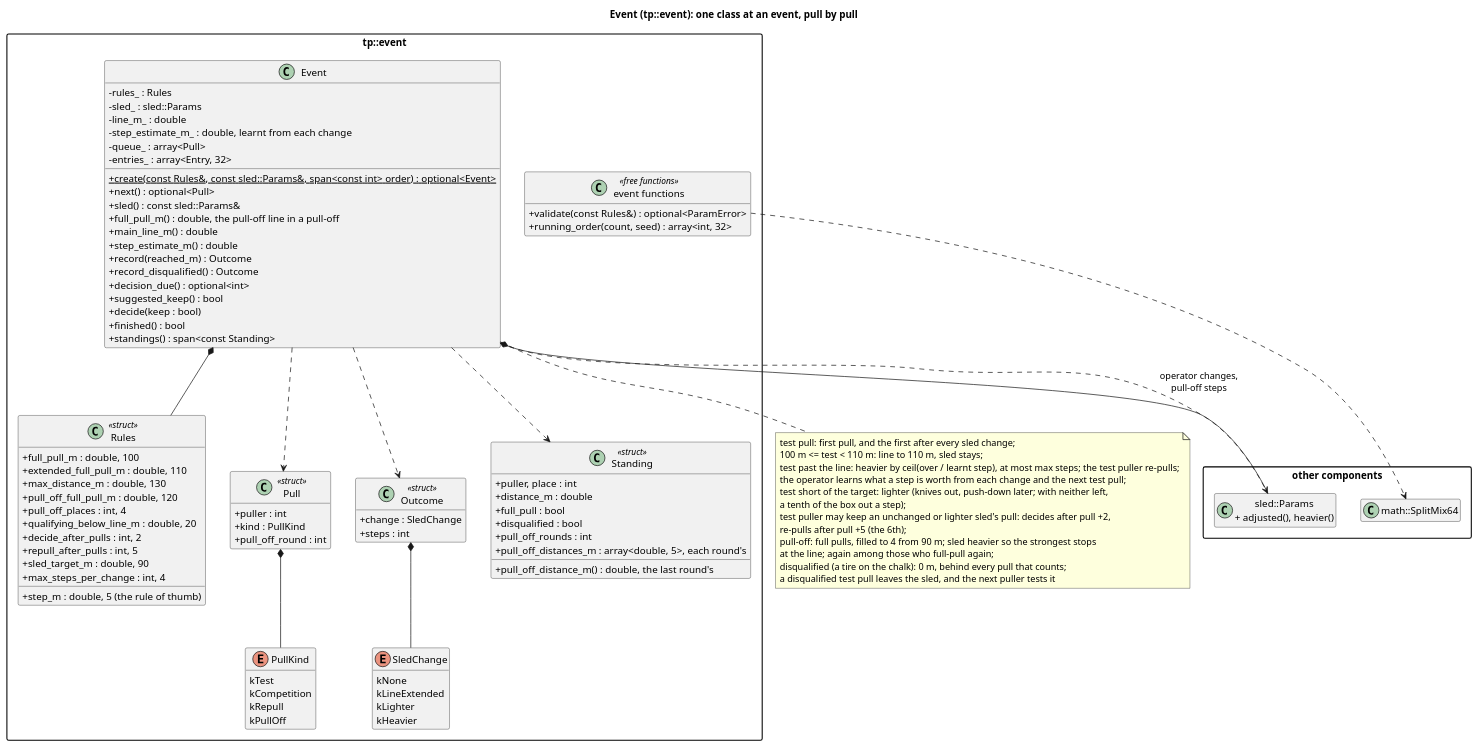
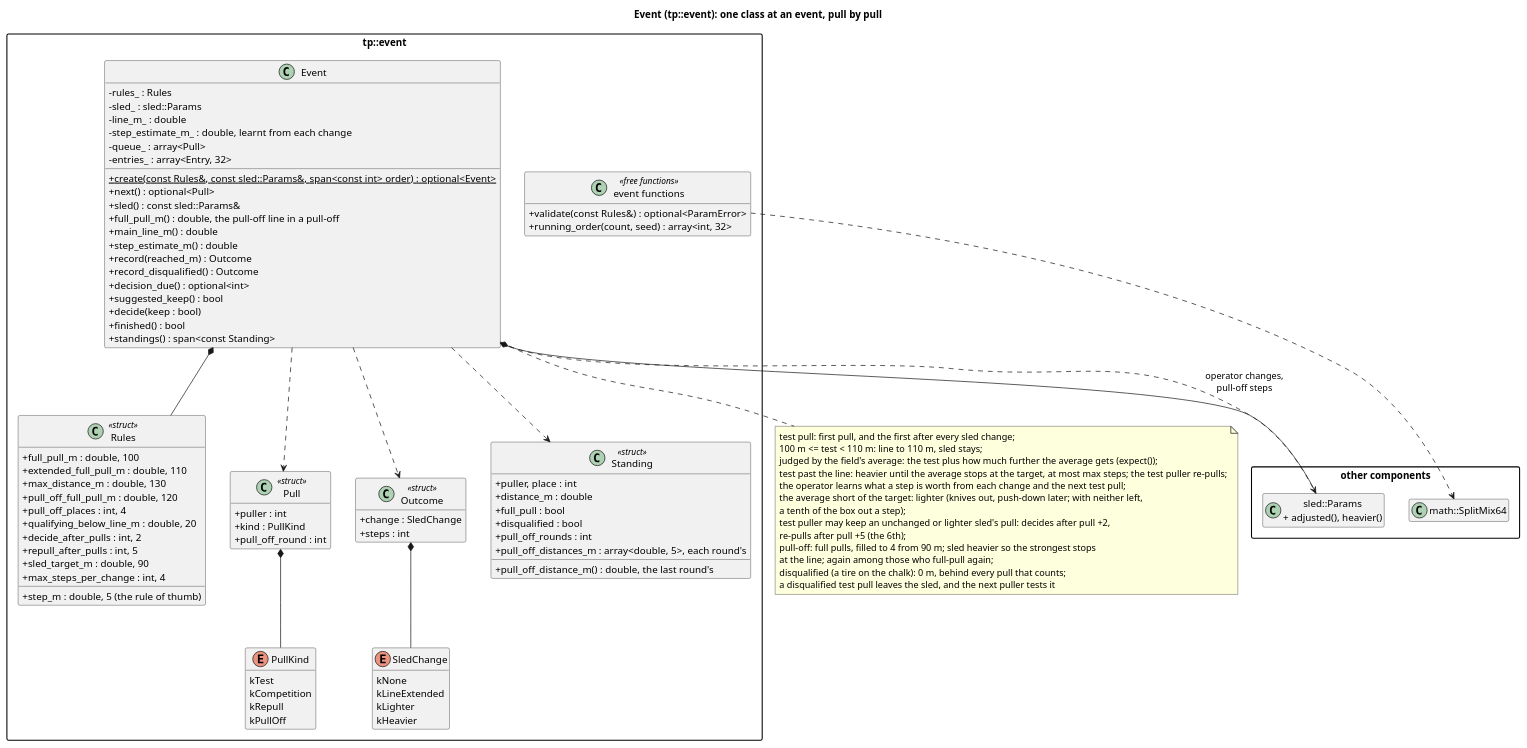
One commit to wversteeg/TractorPulling changed the diagram in docs/diagrams/event_classes.puml. Above: the diagram before and after it, drawn with PlantUML. The commit also changed 17 other files, not shown here.

First line of the commit message:
The sled operator sets the sled for the field's average, not its strongest

```diff
--- a/docs/diagrams/event_classes.puml
+++ b/docs/diagrams/event_classes.puml
@@ -1,105 +1,106 @@
 @startuml event_classes
 title Event (tp::event): one class at an event, pull by pull
 hide empty members
 skinparam packageStyle rectangle
 skinparam classAttributeIconSize 0
 
 package "other components" {
   class "sled::Params\n+ adjusted(), heavier()" as Sled
   class "math::SplitMix64" as Random
 }
 
 package "tp::event" {
   class Rules <<struct>> {
     +full_pull_m : double, 100
     +extended_full_pull_m : double, 110
     +max_distance_m : double, 130
     +pull_off_full_pull_m : double, 120
     +pull_off_places : int, 4
     +qualifying_below_line_m : double, 20
     +decide_after_pulls : int, 2
     +repull_after_pulls : int, 5
     +sled_target_m : double, 90
     +step_m : double, 5 (the rule of thumb)
     +max_steps_per_change : int, 4
   }
   class Pull <<struct>> {
     +puller : int
     +kind : PullKind
     +pull_off_round : int
   }
   enum PullKind {
     kTest
     kCompetition
     kRepull
     kPullOff
   }
   enum SledChange {
     kNone
     kLineExtended
     kLighter
     kHeavier
   }
   class Outcome <<struct>> {
     +change : SledChange
     +steps : int
   }
   class Standing <<struct>> {
     +puller, place : int
     +distance_m : double
     +full_pull : bool
     +disqualified : bool
     +pull_off_rounds : int
     +pull_off_distances_m : array<double, 5>, each round's
     +pull_off_distance_m() : double, the last round's
   }
   class Event {
     -rules_ : Rules
     -sled_ : sled::Params
     -line_m_ : double
     -step_estimate_m_ : double, learnt from each change
     -queue_ : array<Pull>
     -entries_ : array<Entry, 32>
     +{static} create(const Rules&, const sled::Params&, span<const int> order) : optional<Event>
     +next() : optional<Pull>
     +sled() : const sled::Params&
     +full_pull_m() : double, the pull-off line in a pull-off
     +main_line_m() : double
     +step_estimate_m() : double
     +record(reached_m) : Outcome
     +record_disqualified() : Outcome
     +decision_due() : optional<int>
     +suggested_keep() : bool
     +decide(keep : bool)
     +finished() : bool
     +standings() : span<const Standing>
   }
   class "event functions" as EventFns <<free functions>> {
     +validate(const Rules&) : optional<ParamError>
     +running_order(count, seed) : array<int, 32>
   }
   Event *-- Rules
   Event ..> Pull
   Event ..> Outcome
   Event ..> Standing
   Pull *-- PullKind
   Outcome *-- SledChange
 }
 Event *-- Sled
 Event ..> Sled : operator changes,\npull-off steps
 EventFns ..> Random
 note bottom of Event
   test pull: first pull, and the first after every sled change;
   100 m <= test < 110 m: line to 110 m, sled stays;
-  test past the line: heavier by ceil(over / learnt step), at most max steps; the test puller re-pulls;
+  judged by the field's average: the test plus how much further the average gets (expect());
+  test past the line: heavier until the average stops at the target, at most max steps; the test puller re-pulls;
   the operator learns what a step is worth from each change and the next test pull;
-  test short of the target: lighter (knives out, push-down later; with neither left,
+  the average short of the target: lighter (knives out, push-down later; with neither left,
   a tenth of the box out a step);
   test puller may keep an unchanged or lighter sled's pull: decides after pull +2,
   re-pulls after pull +5 (the 6th);
   pull-off: full pulls, filled to 4 from 90 m; sled heavier so the strongest stops
   at the line; again among those who full-pull again;
   disqualified (a tire on the chalk): 0 m, behind every pull that counts;
   a disqualified test pull leaves the sled, and the next puller tests it
 end note
 @enduml
```
